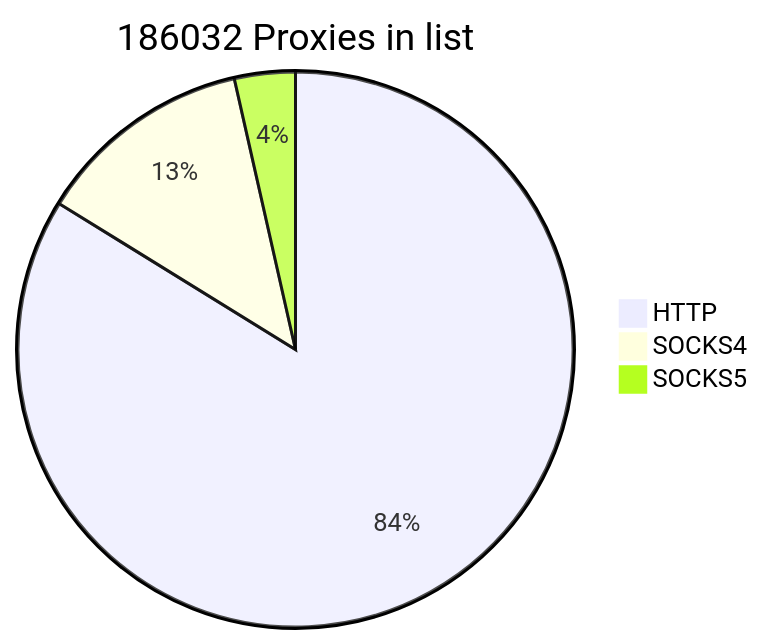
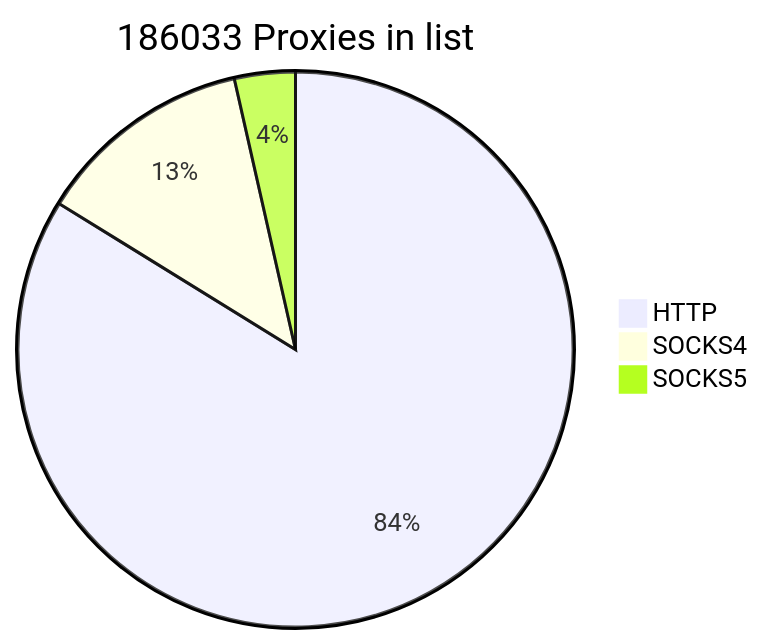
The first of 2 diagrams in README.md (cutipu/proxylist), drawn with Mermaid before and after one commit. The commit also changed other lines of this file, not shown here.

````diff
--- a/README.md
+++ b/README.md
@@ -2,7 +2,7 @@
 ```mermaid
-pie title 186032 Proxies in list
+pie title 186033 Proxies in list
     "HTTP" : 155903
-    "SOCKS4" : 23548
+    "SOCKS4" : 23549
     "SOCKS5" : 6581
             
 ```
````
